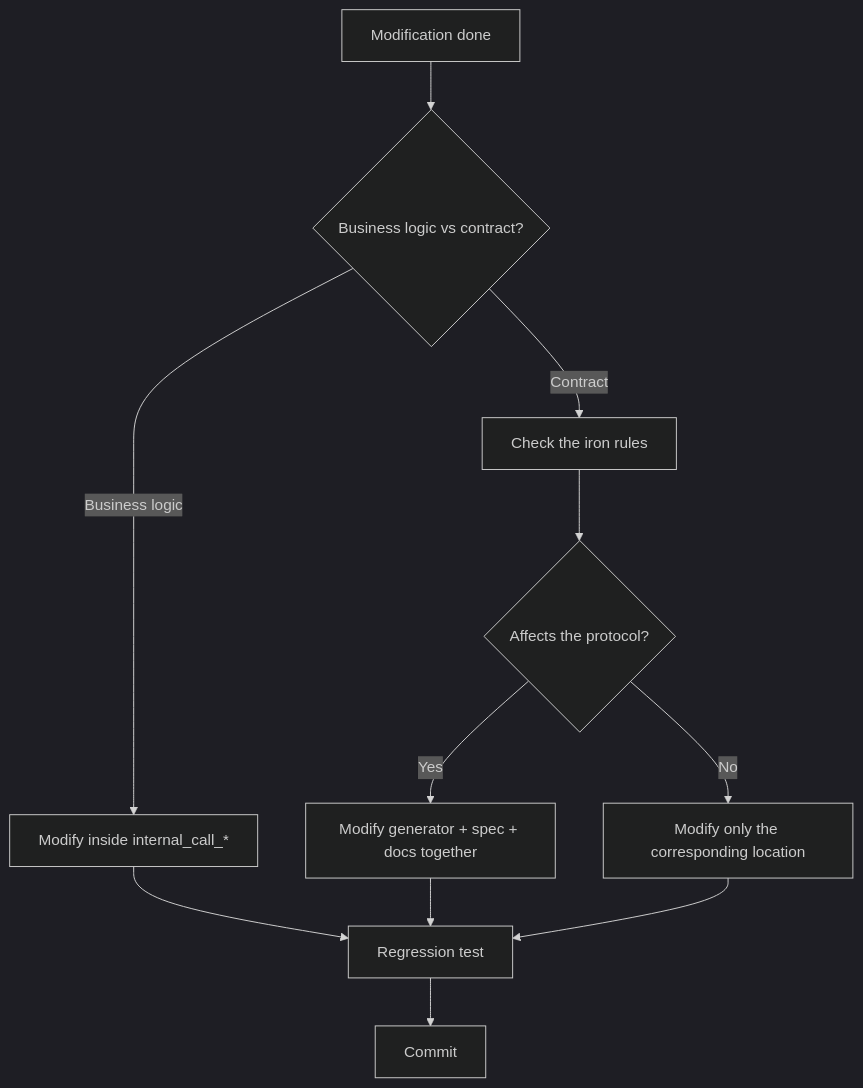
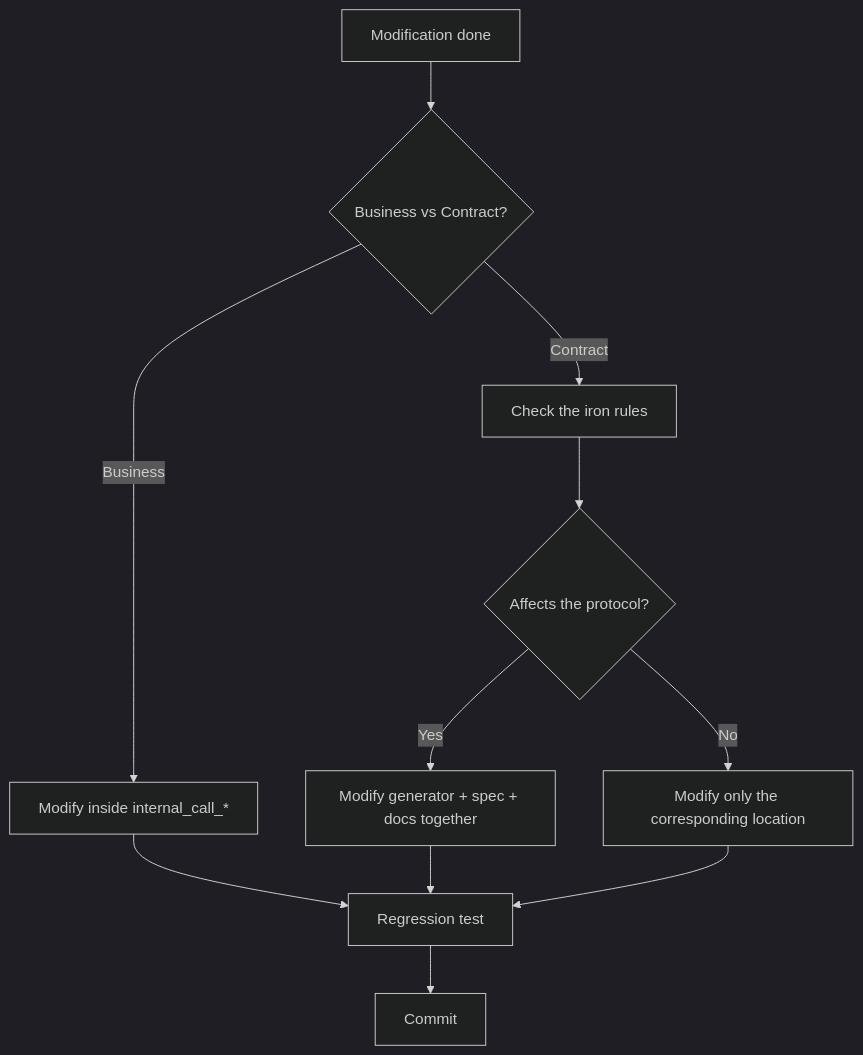
Diagram 55 of 55 in src/pascal_c_to_mcp/code_decl_to_mcp_knowledge_base.md (PassByYou888/LingoFuse-Tools), drawn with Mermaid (dark theme) before and after one commit. The commit also changed other lines of this file, not shown here.

````diff
--- a/src/pascal_c_to_mcp/code_decl_to_mcp_knowledge_base.md
+++ b/src/pascal_c_to_mcp/code_decl_to_mcp_knowledge_base.md
@@ -2053,13 +2537,13 @@
 ```mermaid
 flowchart TD
-    A["Modification done"] --> B{"Business logic vs contract?"}
-    B -- Business logic --> C["Modify inside internal_call_*"]
+    A["Modification done"] --> B{"Business vs Contract?"}
+    B -- Business --> C["Modify inside internal_call_*"]
     B -- Contract --> D["Check the iron rules"]
     D --> E{"Affects the protocol?"}
     E -- Yes --> F["Modify generator + spec + docs together"]
     E -- No --> G["Modify only the corresponding location"]
     C --> H["Regression test"]
     F --> H
     G --> H
     H --> I["Commit"]
 ```
````
